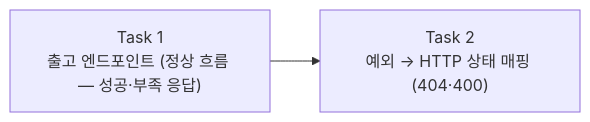
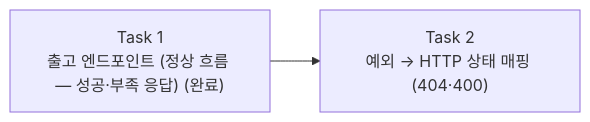
One commit to JuJin1324/assignment-inventory-management changed the diagram in docs/epics/outbound/3-plan/story4/tasks.md. Above: the diagram before and after it, drawn with Mermaid. The commit also changed other lines of this file and 7 other files, not shown here.

First line of the commit message:
feat(outbound): Story 4 Task 1 — 출고 엔드포인트 (정상 흐름)

````diff
--- a/docs/epics/outbound/3-plan/story4/tasks.md
+++ b/docs/epics/outbound/3-plan/story4/tasks.md
@@ -7,6 +7,6 @@
 ```mermaid
 graph LR
-    T1["Task 1<br/>출고 엔드포인트 (정상 흐름 — 성공·부족 응답)"]
+    T1["Task 1<br/>출고 엔드포인트 (정상 흐름 — 성공·부족 응답) (완료)"]
     T2["Task 2<br/>예외 → HTTP 상태 매핑 (404·400)"]
     T1 --> T2
 ```
````
